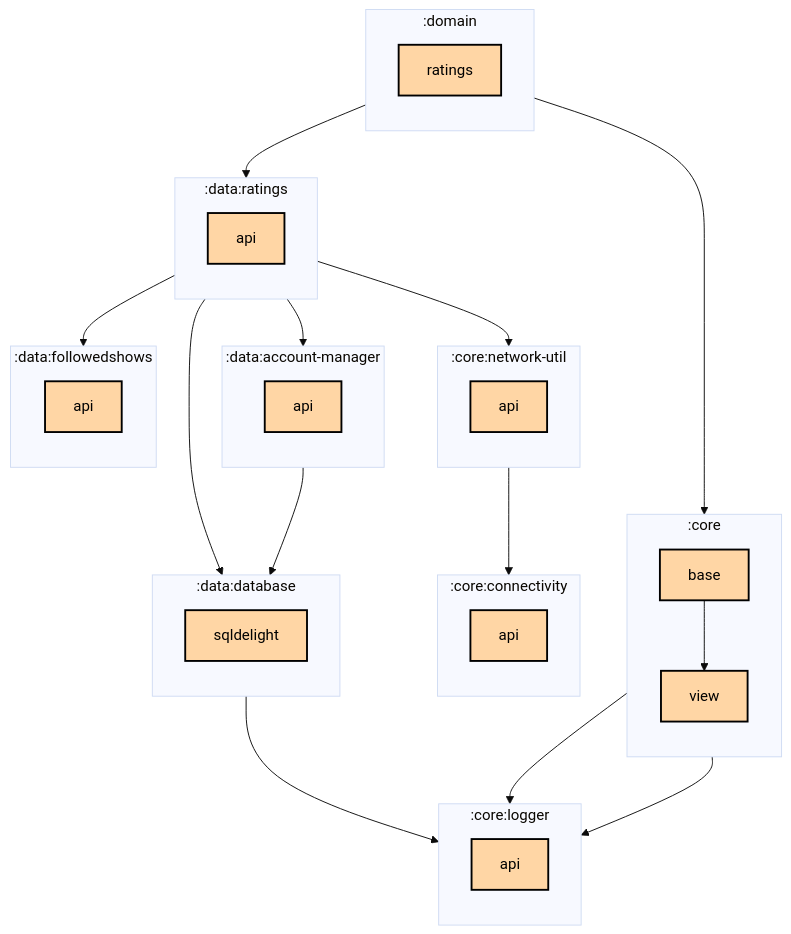
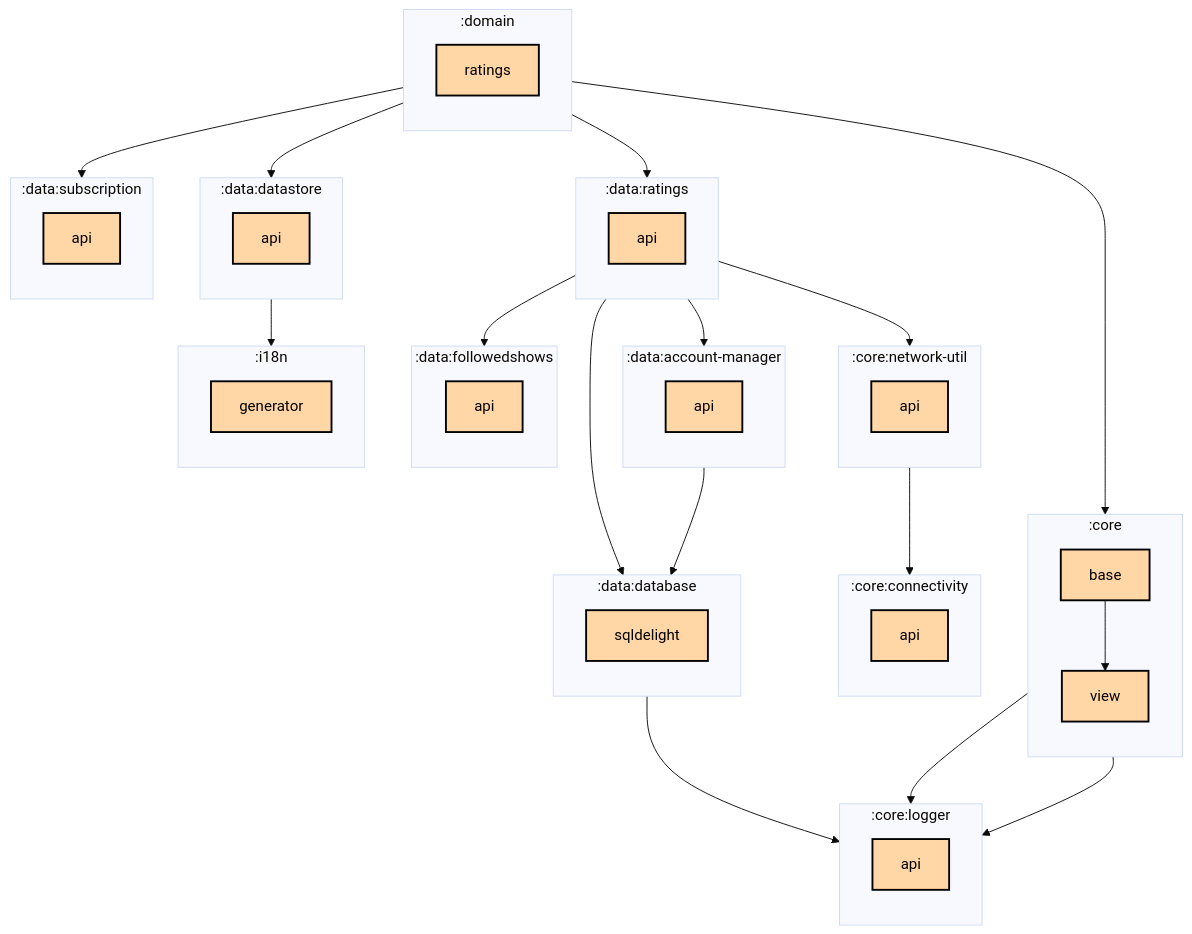
The first of 2 diagrams in domain/ratings/README.md (thomaskioko/tv-maniac), drawn with Mermaid (base theme) before and after one commit. The commit also changed 18 other files, not shown here.

Commit message:
Update dependency graph

````diff
--- a/domain/ratings/README.md
+++ b/domain/ratings/README.md
@@ -6,59 +6,74 @@
 ```mermaid
 graph TB
   subgraph :core
     direction TB
     :core:base[base]:::multiplatform
     :core:view[view]:::multiplatform
   end
   subgraph :core:connectivity
     direction TB
     :core:connectivity:api[api]:::multiplatform
   end
   subgraph :core:logger
     direction TB
     :core:logger:api[api]:::multiplatform
   end
   subgraph :core:network-util
     direction TB
     :core:network-util:api[api]:::multiplatform
   end
   subgraph :data:account-manager
     direction TB
     :data:account-manager:api[api]:::multiplatform
   end
   subgraph :data:database
     direction TB
     :data:database:sqldelight[sqldelight]:::multiplatform
   end
+  subgraph :data:datastore
+    direction TB
+    :data:datastore:api[api]:::multiplatform
+  end
   subgraph :data:followedshows
     direction TB
     :data:followedshows:api[api]:::multiplatform
   end
   subgraph :data:ratings
     direction TB
     :data:ratings:api[api]:::multiplatform
   end
+  subgraph :data:subscription
+    direction TB
+    :data:subscription:api[api]:::multiplatform
+  end
   subgraph :domain
     direction TB
     :domain:ratings[ratings]:::multiplatform
+  end
+  subgraph :i18n
+    direction TB
+    :i18n:generator[generator]:::multiplatform
   end
 
   :core:base --> :core:logger:api
   :core:base --> :core:view
   :core:network-util:api --> :core:connectivity:api
   :core:view --> :core:logger:api
   :data:account-manager:api --> :data:database:sqldelight
   :data:database:sqldelight --> :core:logger:api
+  :data:datastore:api --> :i18n:generator
   :data:ratings:api --> :core:network-util:api
   :data:ratings:api --> :data:account-manager:api
   :data:ratings:api --> :data:database:sqldelight
   :data:ratings:api --> :data:followedshows:api
   :domain:ratings --> :core:base
+  :domain:ratings --> :data:datastore:api
   :domain:ratings --> :data:ratings:api
+  :domain:ratings --> :data:subscription:api
 
 classDef application fill:#CAFFBF,stroke:#000,stroke-width:2px,color:#000;
 classDef multiplatform fill:#FFD6A5,stroke:#000,stroke-width:2px,color:#000;
 classDef android-library fill:#9BF6FF,stroke:#000,stroke-width:2px,color:#000;
 classDef jvm-library fill:#BDB2FF,stroke:#000,stroke-width:2px,color:#000;
 classDef unknown fill:#FFADAD,stroke:#000,stroke-width:2px,color:#000;
 ```
````
